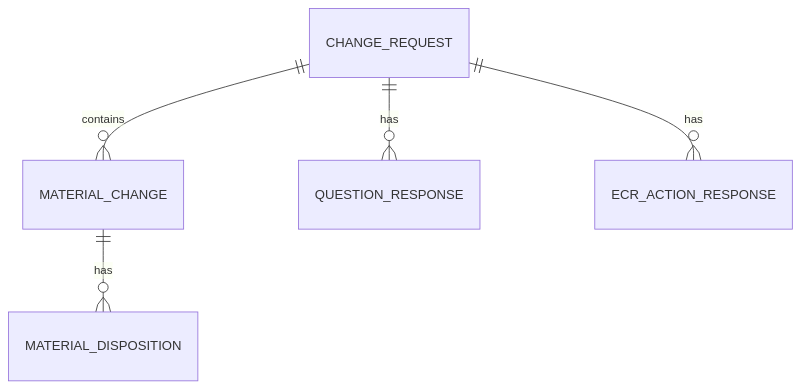
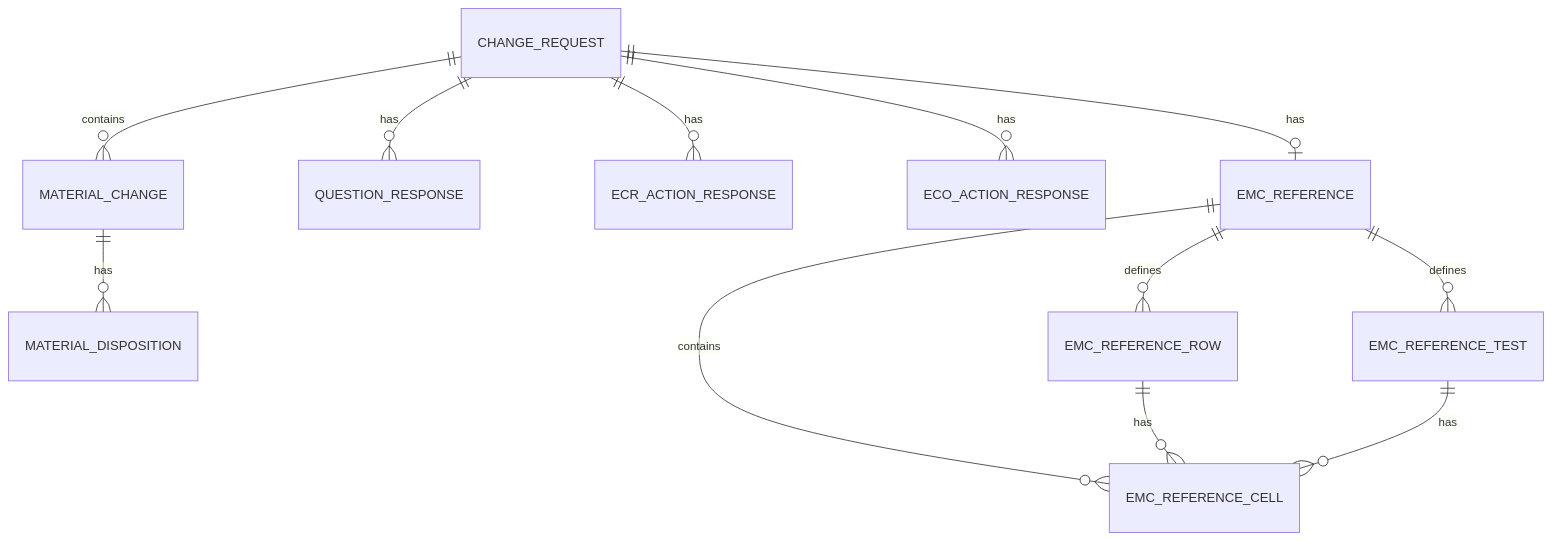
The first of 2 diagrams in docs/PROJECT_GUIDE.md (jack1415926/form-filling-system), drawn with Mermaid before and after one commit. The commit also changed other lines of this file and 43 other files, not shown here.

Commit message:
feat: deliver ECO and EMC forms with draft recovery safeguards

````diff
--- a/docs/PROJECT_GUIDE.md
+++ b/docs/PROJECT_GUIDE.md
@@ -29,7 +29,14 @@
 ```mermaid
 erDiagram
     CHANGE_REQUEST ||--o{ MATERIAL_CHANGE : contains
     MATERIAL_CHANGE ||--o{ MATERIAL_DISPOSITION : has
     CHANGE_REQUEST ||--o{ QUESTION_RESPONSE : has
     CHANGE_REQUEST ||--o{ ECR_ACTION_RESPONSE : has
+    CHANGE_REQUEST ||--o{ ECO_ACTION_RESPONSE : has
+    CHANGE_REQUEST ||--o| EMC_REFERENCE : has
+    EMC_REFERENCE ||--o{ EMC_REFERENCE_ROW : defines
+    EMC_REFERENCE ||--o{ EMC_REFERENCE_TEST : defines
+    EMC_REFERENCE ||--o{ EMC_REFERENCE_CELL : contains
+    EMC_REFERENCE_ROW ||--o{ EMC_REFERENCE_CELL : has
+    EMC_REFERENCE_TEST ||--o{ EMC_REFERENCE_CELL : has
 ```
````
